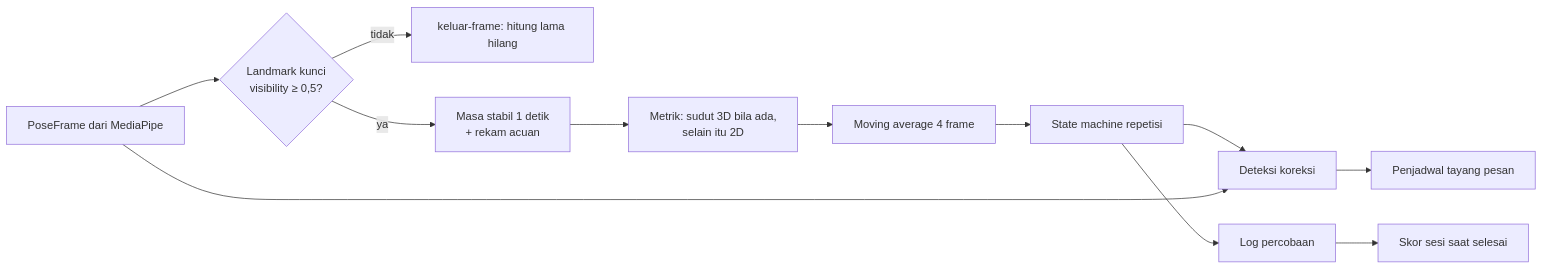
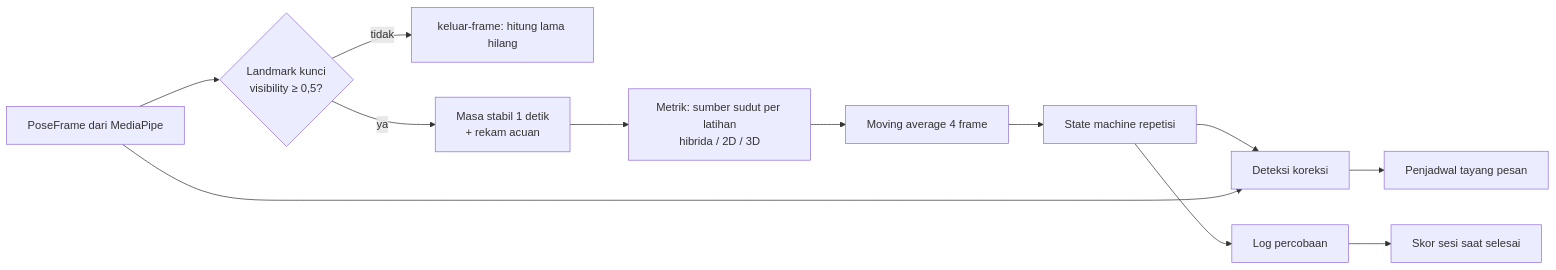
One commit to arthamegayasa/pulihin changed the first of 2 diagrams in docs/algoritma.md. Above: the diagram before and after it, drawn with Mermaid. The commit also changed other lines of this file and 28 other files, not shown here.

Commit message:
Iterasi 1: sudut hibrida 2D/3D per latihan (validasi rekaman manusia nyata), miring badan tahan rotasi, pilih pasien utama dari 2 pose, sesi kamera responsif tanpa overlay menutupi tubuh, ganti sisi satu ketuk, figur contoh baru, validasi impor cadangan, perbaikan TTS afasia

````diff
--- a/docs/algoritma.md
+++ b/docs/algoritma.md
@@ -22,14 +24,14 @@
 ```mermaid
 flowchart LR
   F[PoseFrame dari MediaPipe] --> V{Landmark kunci<br/>visibility ≥ 0,5?}
   V -- tidak --> K[keluar-frame: hitung lama hilang]
   V -- ya --> S[Masa stabil 1 detik<br/>+ rekam acuan]
-  S --> M[Metrik: sudut 3D bila ada,<br/>selain itu 2D]
+  S --> M[Metrik: sumber sudut per latihan<br/>hibrida / 2D / 3D]
   M --> A[Moving average 4 frame]
   A --> R[State machine repetisi]
   R --> C[Deteksi koreksi]
   F --> C
   C --> P[Penjadwal tayang pesan]
   R --> L[Log percobaan]
   L --> SK[Skor sesi saat selesai]
 ```
````
